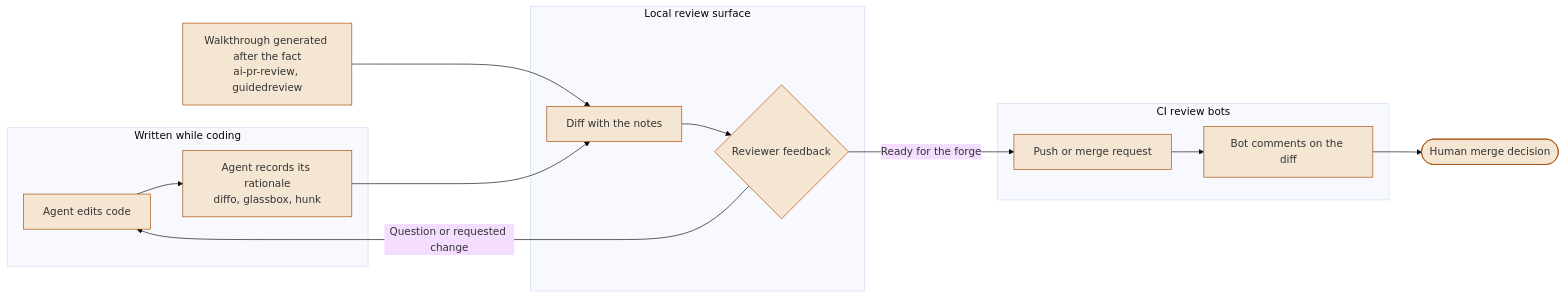
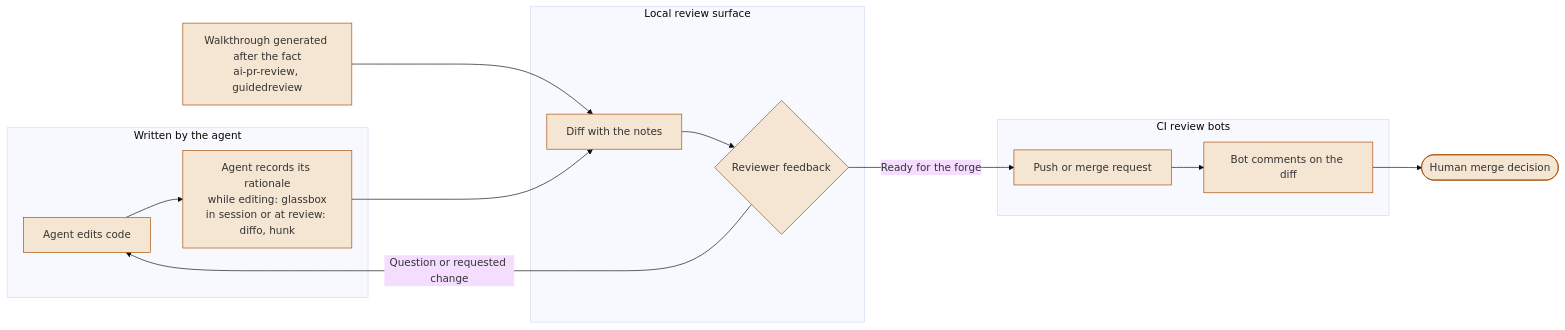
The sixth of 6 diagrams in guide/diagrams/06-development-workflows.md (FlorianBruniaux/claude-code-ultimate-guide), drawn with Mermaid (base theme) before and after one commit. The commit also changed other lines of this file and 8 other files, not shown here.

````diff
--- a/guide/diagrams/06-development-workflows.md
+++ b/guide/diagrams/06-development-workflows.md
@@ -314,28 +314,28 @@
 ```mermaid
 flowchart LR
-    subgraph W [Written while coding]
-        W1[Agent edits code] --> W2[Agent records its rationale<br/>diffo, glassbox, hunk]
+    subgraph W [Written by the agent]
+        W1[Agent edits code] --> W2[Agent records its rationale<br/>while editing: glassbox<br/>in session or at review: diffo, hunk]
     end
     subgraph L [Local review surface]
         L1[Diff with the notes] --> L2{Reviewer feedback}
     end
     subgraph C [CI review bots]
         C1[Push or merge request] --> C2[Bot comments on the diff]
     end
     A1[Walkthrough generated after the fact<br/>ai-pr-review, guidedreview] --> L1
     W2 --> L1
     L2 -->|Question or requested change| W1
     L2 -->|Ready for the forge| C1
     C2 --> H([Human merge decision])
 
     classDef diagramNode fill:#F5E6D3,color:#333,stroke:#A64B00
     class W1,W2,L1,L2,C1,C2,A1,H diagramNode
     click W1 href "https://github.com/FlorianBruniaux/claude-code-ultimate-guide/blob/main/guide/workflows/multi-provider-code-review.md#local-review-surfaces-for-agent-written-changes" "View in guide"
     click W2 href "https://github.com/FlorianBruniaux/claude-code-ultimate-guide/blob/main/guide/workflows/multi-provider-code-review.md#local-review-surfaces-for-agent-written-changes" "View in guide"
     click L1 href "https://github.com/FlorianBruniaux/claude-code-ultimate-guide/blob/main/guide/workflows/multi-provider-code-review.md#local-review-surfaces-for-agent-written-changes" "View in guide"
     click L2 href "https://github.com/FlorianBruniaux/claude-code-ultimate-guide/blob/main/guide/workflows/multi-provider-code-review.md#local-review-surfaces-for-agent-written-changes" "View in guide"
     click C1 href "https://github.com/FlorianBruniaux/claude-code-ultimate-guide/blob/main/guide/workflows/multi-provider-code-review.md#local-review-surfaces-for-agent-written-changes" "View in guide"
     click C2 href "https://github.com/FlorianBruniaux/claude-code-ultimate-guide/blob/main/guide/workflows/multi-provider-code-review.md#local-review-surfaces-for-agent-written-changes" "View in guide"
     click A1 href "https://github.com/FlorianBruniaux/claude-code-ultimate-guide/blob/main/guide/workflows/multi-provider-code-review.md#local-review-surfaces-for-agent-written-changes" "View in guide"
     click H href "https://github.com/FlorianBruniaux/claude-code-ultimate-guide/blob/main/guide/workflows/multi-provider-code-review.md#local-review-surfaces-for-agent-written-changes" "View in guide"
 ```
````
